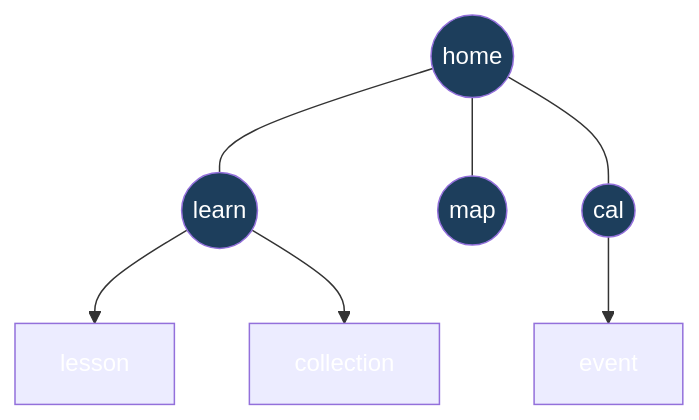
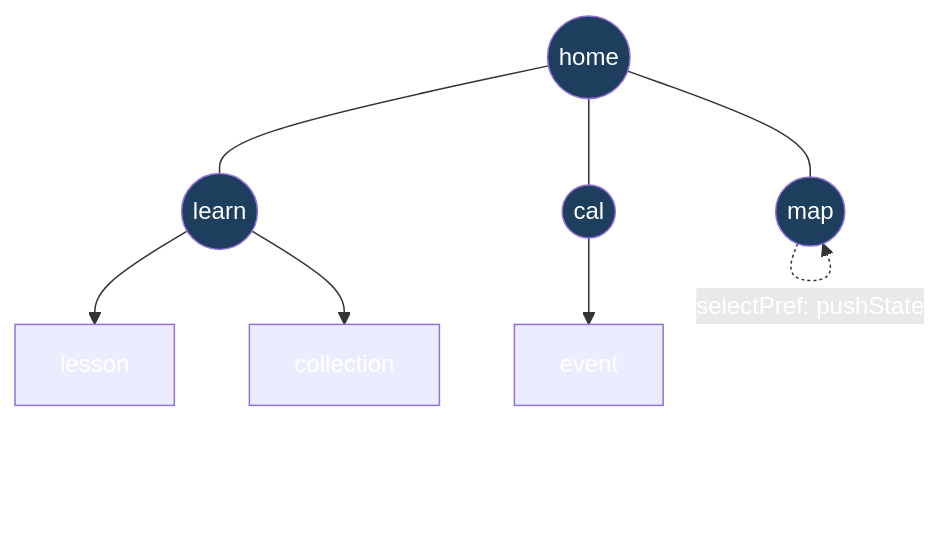
One commit to underthesun7213/yui-board changed the fifth of 8 diagrams in docs/architecture/rfc/0002-mlp-client-only.md. Above: the diagram before and after it, drawn with Mermaid. The commit also changed other lines of this file and 7 other files, not shown here.

First line of the commit message:
Finish MLP architecture docs; tighten checks

````diff
--- a/docs/architecture/rfc/0002-mlp-client-only.md
+++ b/docs/architecture/rfc/0002-mlp-client-only.md
@@ -244,8 +248,9 @@
 ```mermaid
 flowchart TD
   home((home)) --- learn((learn)) & map((map)) & cal((cal))
   learn --> lesson & collection
   cal --> event
+  map -.->|selectPref: pushState| map
   classDef root fill:#1D3E5C,color:#fff
   class home,learn,map,cal root
 ```
````
